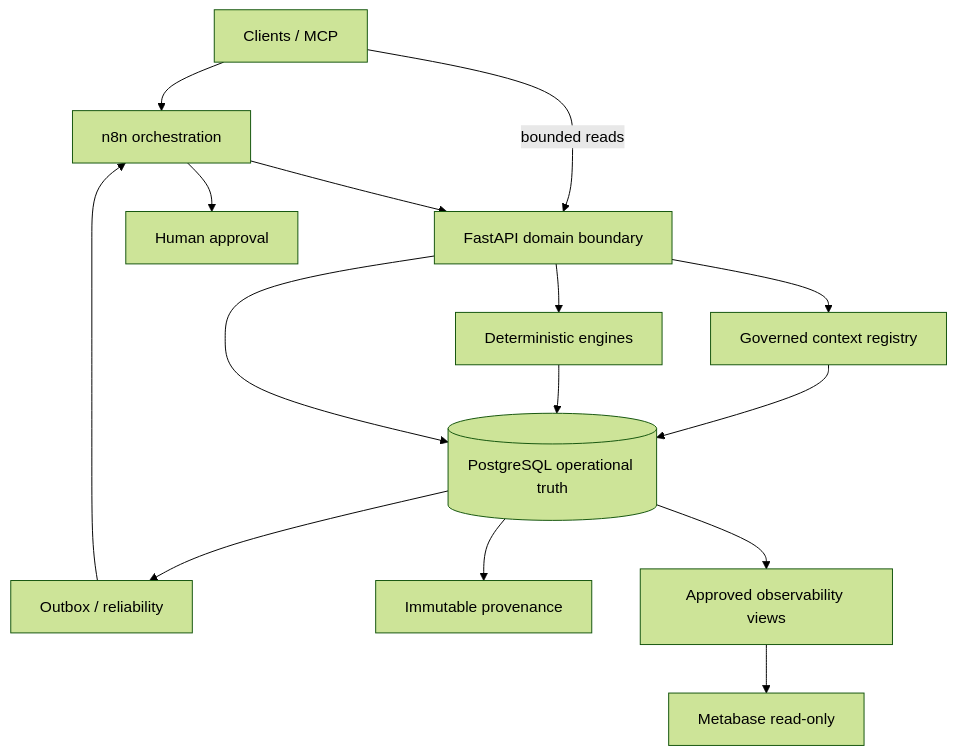
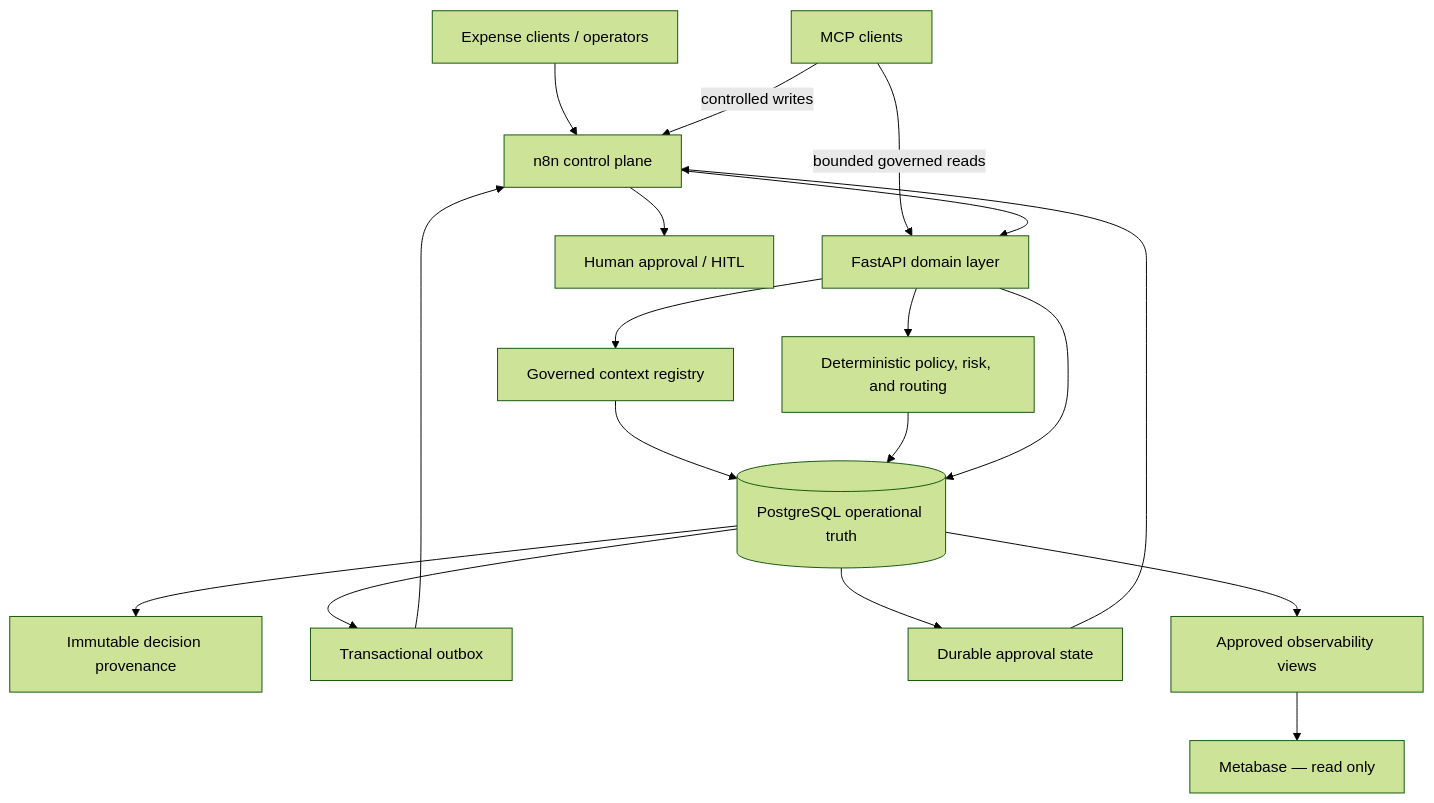
One commit to tusharg007/northstar-workload-optimizer changed the diagram in README.md. Above: the diagram before and after it, drawn with Mermaid (forest theme). The commit also changed other lines of this file and 4 other files, not shown here.

````diff
--- a/README.md
+++ b/README.md
@@ -15,17 +54,23 @@
 ```mermaid
 flowchart TD
-    Clients["Clients / MCP"] --> N8N["n8n orchestration"]
-    Clients -->|"bounded reads"| API["FastAPI domain boundary"]
+    Clients["Expense clients / operators"] --> N8N["n8n control plane"]
+    MCP["MCP clients"] -->|"controlled writes"| N8N
+    MCP -->|"bounded governed reads"| API["FastAPI domain layer"]
     N8N --> API
+
     API --> Context["Governed context registry"]
-    API --> Engines["Deterministic engines"]
+    API --> Engines["Deterministic policy, risk, and routing"]
     Context --> PG[("PostgreSQL operational truth")]
     Engines --> PG
     API --> PG
-    PG --> Reliability["Outbox / reliability"]
-    PG --> Provenance["Immutable provenance"]
-    Reliability --> N8N
-    N8N --> Human["Human approval"]
+
+    PG --> Provenance["Immutable decision provenance"]
+    PG --> Outbox["Transactional outbox"]
+    PG --> Approval["Durable approval state"]
+    Outbox --> N8N
+    Approval --> N8N
+    N8N --> Human["Human approval / HITL"]
+
     PG --> Views["Approved observability views"]
-    Views --> MB["Metabase read-only"]
+    Views --> Metabase["Metabase — read only"]
 ```
````
